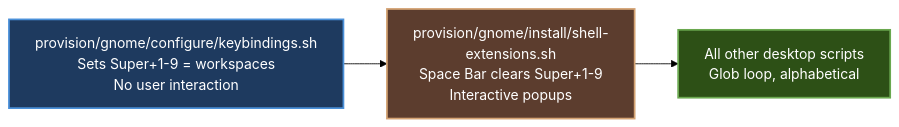
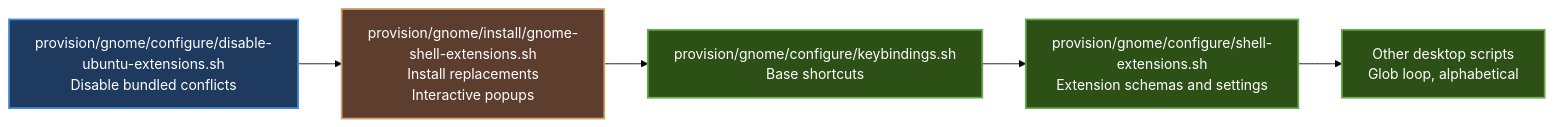
The second of 2 diagrams in CONTRIBUTING.md (itsnin/justbuntu), drawn with Mermaid (forest theme) before and after one commit. The commit also changed other lines of this file and 8 other files, not shown here.

Commit message:
Clean up GNOME extensions

````diff
--- a/CONTRIBUTING.md
+++ b/CONTRIBUTING.md
@@ -110,10 +114,12 @@
 ```mermaid
 flowchart LR
     %% Color definitions
     classDef step1 fill:#1e3a5f,stroke:#4a90d9,stroke-width:2px,color:#ffffff
     classDef step2 fill:#5c3d2e,stroke:#d4a373,stroke-width:2px,color:#ffffff
     classDef step3 fill:#2d5016,stroke:#6aa84f,stroke-width:2px,color:#ffffff
 
-    A[provision/gnome/configure/keybindings.sh<br/>Sets Super+1-9 = workspaces<br/>No user interaction]:::step1 --> B[provision/gnome/install/shell-extensions.sh<br/>Space Bar clears Super+1-9<br/>Interactive popups]:::step2
-    B --> C[All other desktop scripts<br/>Glob loop, alphabetical]:::step3
+    A[provision/gnome/configure/disable-ubuntu-extensions.sh<br/>Disable bundled conflicts]:::step1 --> B[provision/gnome/install/gnome-shell-extensions.sh<br/>Install replacements<br/>Interactive popups]:::step2
+    B --> C[provision/gnome/configure/keybindings.sh<br/>Base shortcuts]:::step3
+    C --> D[provision/gnome/configure/shell-extensions.sh<br/>Extension schemas and settings]:::step3
+    D --> E[Other desktop scripts<br/>Glob loop, alphabetical]:::step3
 ```
````
